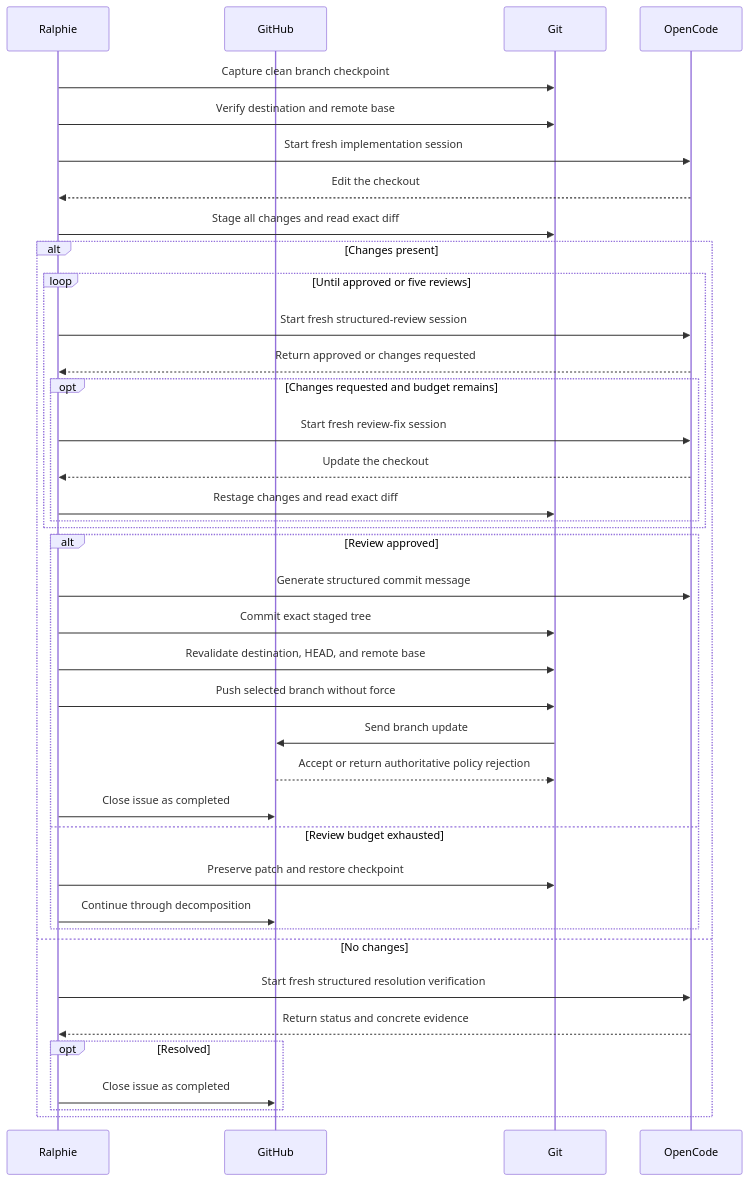
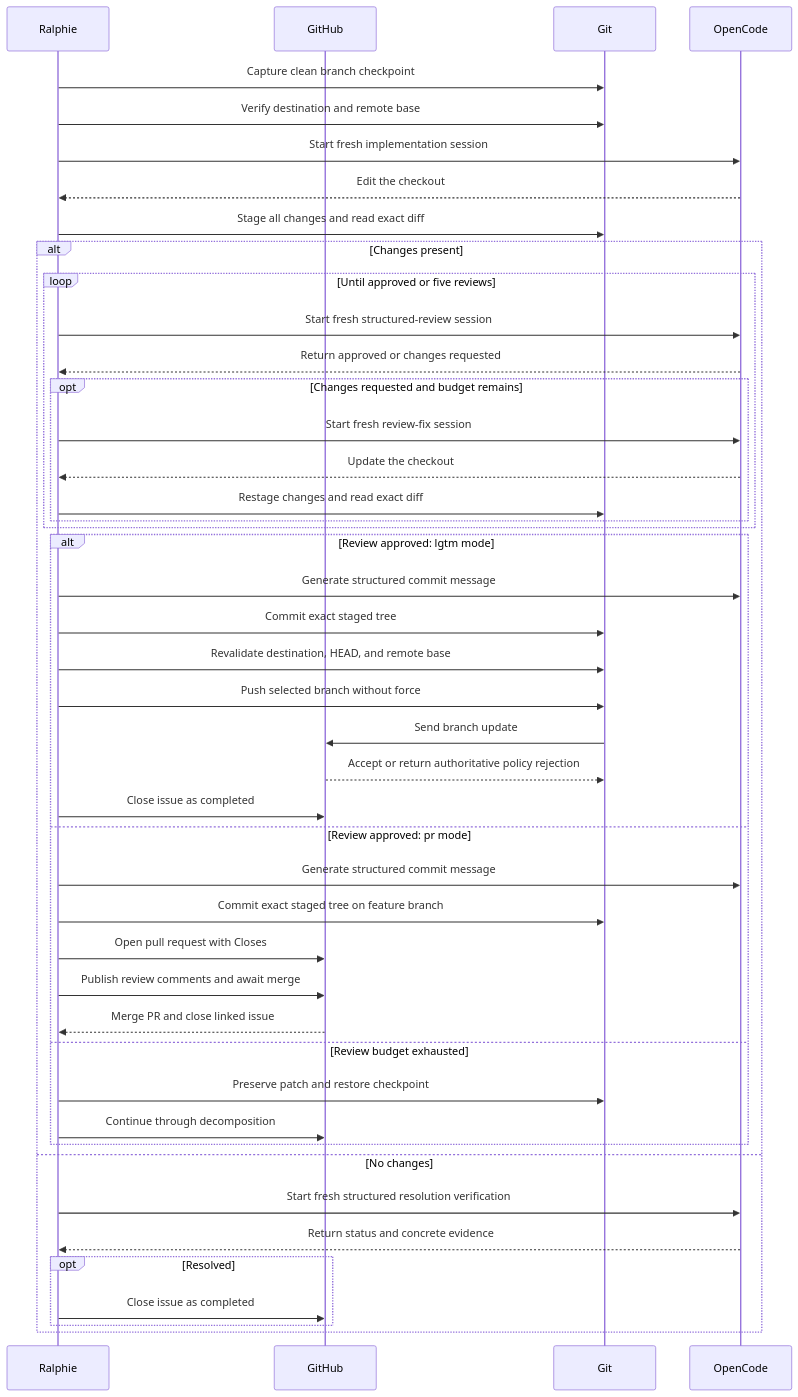
The second of 5 diagrams in README.md (beremaran/ralphie), drawn with Mermaid before and after one commit. The commit also changed other lines of this file and 14 other files, not shown here.

Commit message:
add pull request workflow

````diff
--- a/README.md
+++ b/README.md
@@ -160,43 +175,49 @@
 ```mermaid
 sequenceDiagram
     participant R as Ralphie
     participant GH as GitHub
     participant G as Git
     participant O as OpenCode
 
     R->>G: Capture clean branch checkpoint
     R->>G: Verify destination and remote base
     R->>O: Start fresh implementation session
     O-->>R: Edit the checkout
     R->>G: Stage all changes and read exact diff
 
     alt Changes present
         loop Until approved or five reviews
             R->>O: Start fresh structured-review session
             O-->>R: Return approved or changes requested
             opt Changes requested and budget remains
                 R->>O: Start fresh review-fix session
                 O-->>R: Update the checkout
                 R->>G: Restage changes and read exact diff
             end
         end
-        alt Review approved
+    alt Review approved: lgtm mode
             R->>O: Generate structured commit message
             R->>G: Commit exact staged tree
             R->>G: Revalidate destination, HEAD, and remote base
             R->>G: Push selected branch without force
             G->>GH: Send branch update
             GH-->>G: Accept or return authoritative policy rejection
             R->>GH: Close issue as completed
+        else Review approved: pr mode
+            R->>O: Generate structured commit message
+            R->>G: Commit exact staged tree on feature branch
+            R->>GH: Open pull request with Closes #issue
+            R->>GH: Publish review comments and await merge
+            GH-->>R: Merge PR and close linked issue
         else Review budget exhausted
             R->>G: Preserve patch and restore checkpoint
             R->>GH: Continue through decomposition
         end
     else No changes
         R->>O: Start fresh structured resolution verification
         O-->>R: Return status and concrete evidence
         opt Resolved
             R->>GH: Close issue as completed
         end
     end
 ```
````
